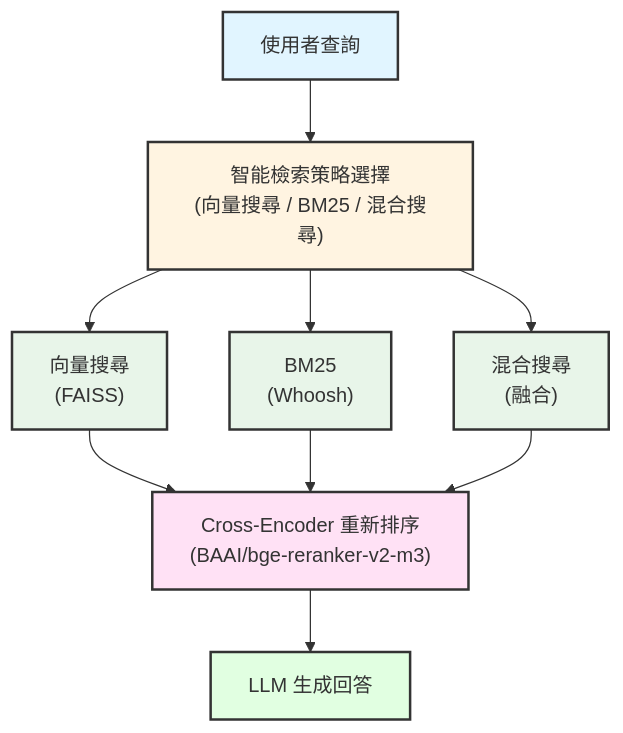
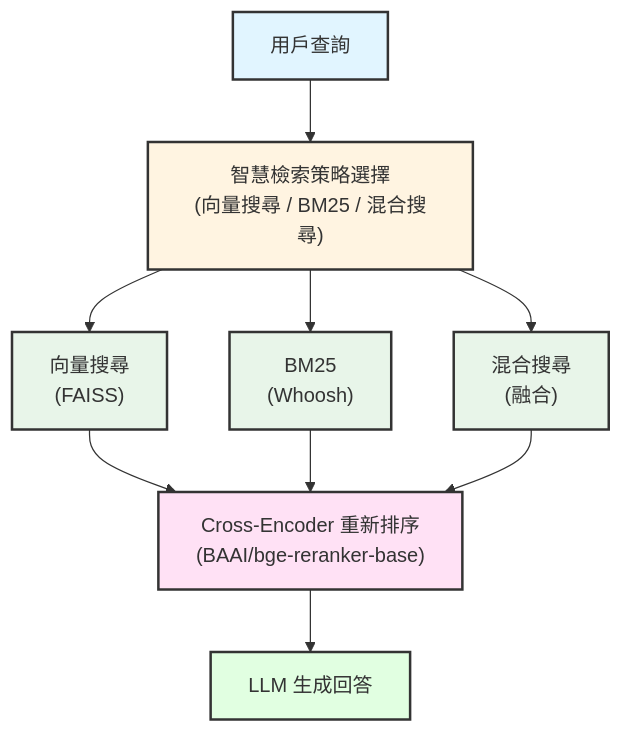
Before and after one commit to Scorpio-meow/AI-CB: the diagram in README.md, drawn with Mermaid. The commit also changed other lines of this file and 10 other files, not shown here.

````diff
--- a/README.md
+++ b/README.md
@@ -114,19 +213,19 @@
 ```mermaid
 flowchart TD
-    A["使用者查詢"] --> B["智能檢索策略選擇<br/>(向量搜尋 / BM25 / 混合搜尋)"]
+    A["用戶查詢"] --> B["智慧檢索策略選擇<br/>(向量搜尋 / BM25 / 混合搜尋)"]
     B --> C["向量搜尋<br/>(FAISS)"]
     B --> D["BM25<br/>(Whoosh)"]
     B --> E["混合搜尋<br/>(融合)"]
-    C --> F["Cross-Encoder 重新排序<br/>(BAAI/bge-reranker-v2-m3)"]
+    C --> F["Cross-Encoder 重新排序<br/>(BAAI/bge-reranker-base)"]
     D --> F
     E --> F
     F --> G["LLM 生成回答"]
     
     style A fill:#e1f5ff,stroke:#333,stroke-width:2px
     style B fill:#fff4e1,stroke:#333,stroke-width:2px
     style C fill:#e8f5e9,stroke:#333,stroke-width:2px
     style D fill:#e8f5e9,stroke:#333,stroke-width:2px
     style E fill:#e8f5e9,stroke:#333,stroke-width:2px
     style F fill:#ffe1f5,stroke:#333,stroke-width:2px
     style G fill:#e1ffe1,stroke:#333,stroke-width:2px
 ```
````
